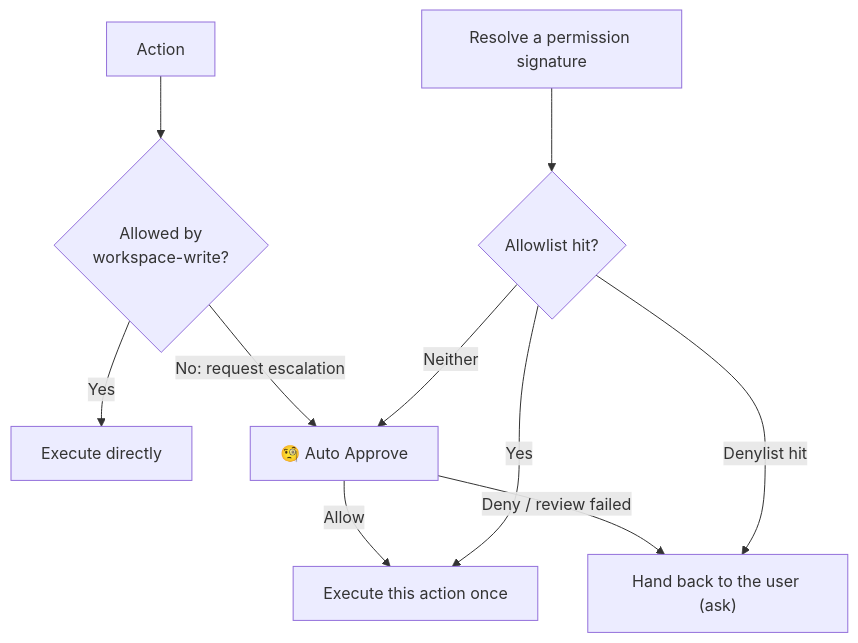
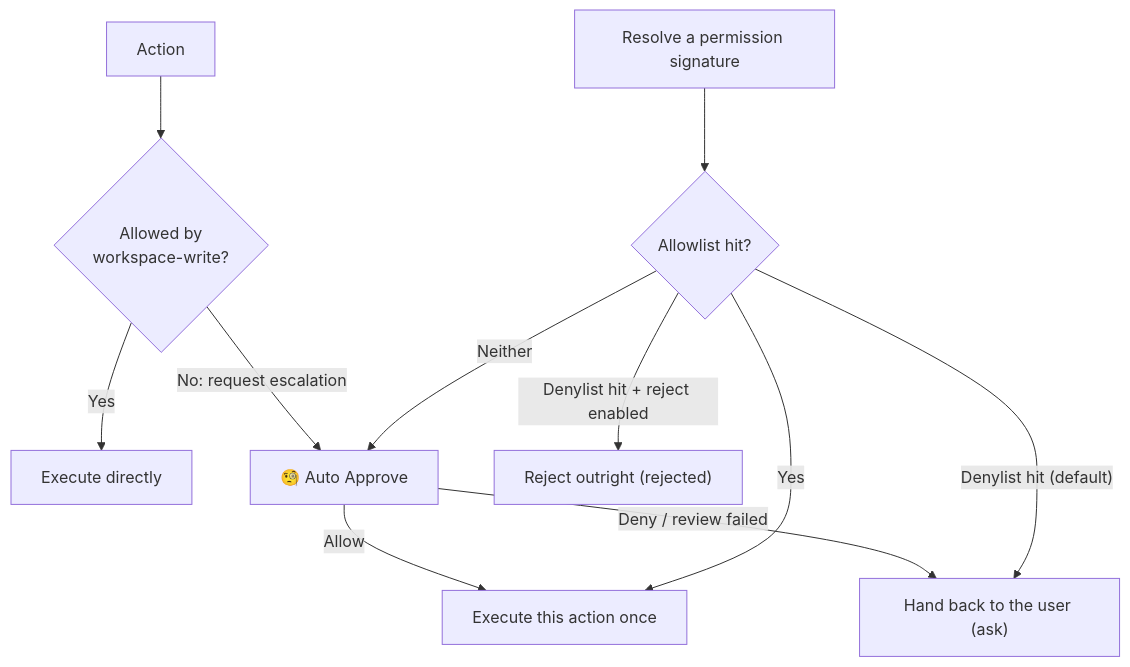
One commit to sujingkpo/dsh-auto-pass changed the diagram in README.md. Above: the diagram before and after it, drawn with Mermaid. The commit also changed other lines of this file and 24 other files, not shown here.

````diff
--- a/README.md
+++ b/README.md
@@ -23,12 +23,13 @@
 ```mermaid
 flowchart TD
     action["Action"] --> sandbox{"Allowed by<br/>workspace-write?"}
     sandbox -- Yes --> execute["Execute directly"]
     sandbox -- "No: request escalation" --> review["🧐 Auto Approve"]
     review -- Allow --> approved["Execute this action once"]
     review -- "Deny / review failed" --> deferred["Hand back to the user (ask)"]
     exact["Resolve a permission signature"] --> lists{"Allowlist hit?"}
     lists -- Yes --> approved
-    lists -- "Denylist hit" --> deferred
+    lists -- "Denylist hit (default)" --> deferred
+    lists -- "Denylist hit + reject enabled" --> rejected["Reject outright (rejected)"]
     lists -- "Neither" --> review
 ```
````
